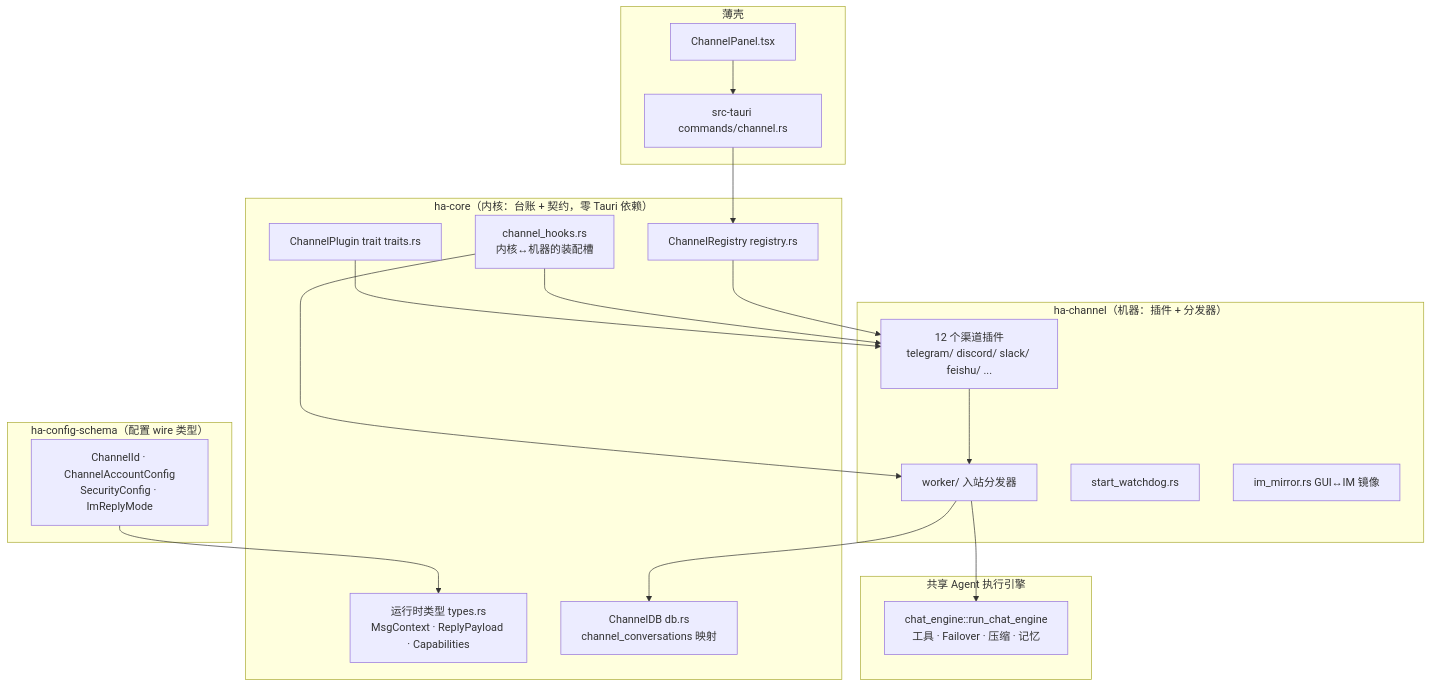
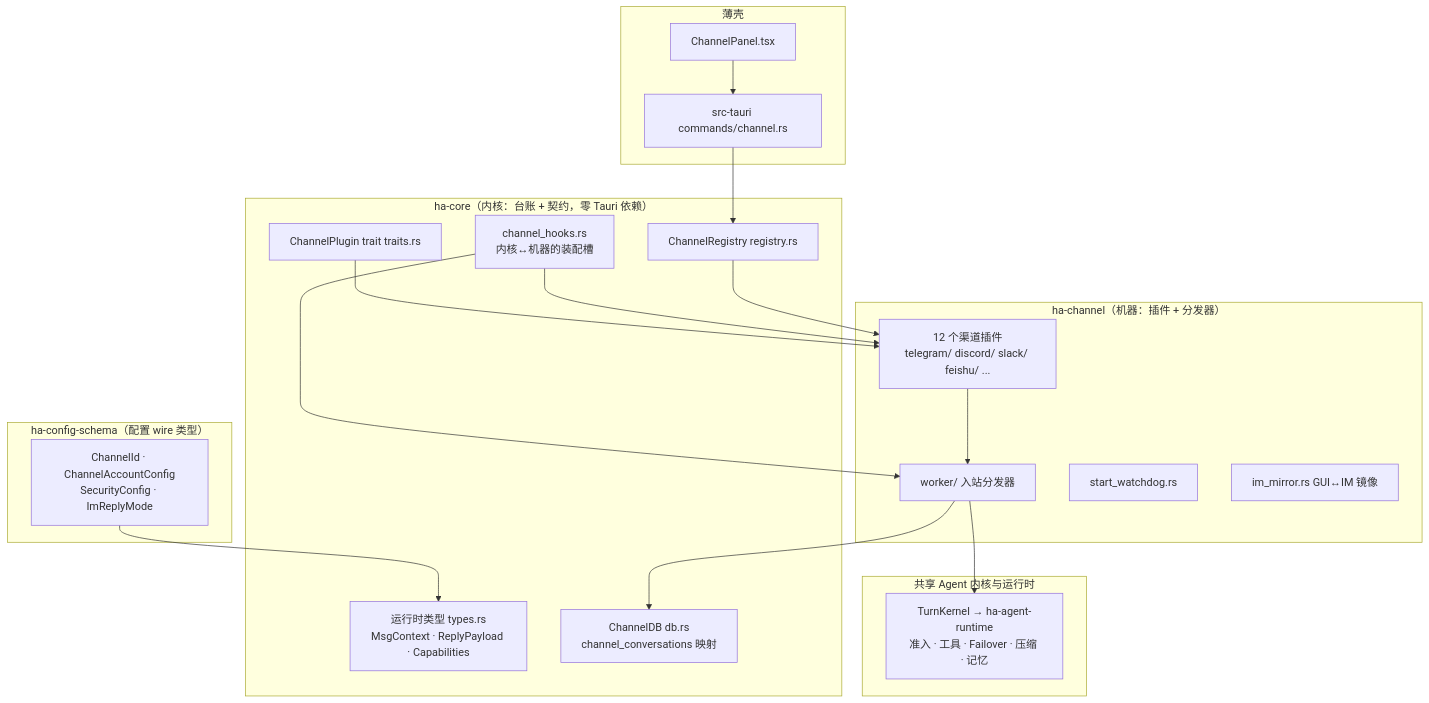
One commit to gabrielmoreira/agent-skills-mirror changed the first of 10 diagrams in mirrors/repos/shiwenwen@hope-agent/docs/architecture/integration/im-channel.md. Above: the diagram before and after it, drawn with Mermaid. The commit also changed other lines of this file and 2396 other files, not shown here.

````diff
--- a/mirrors/repos/shiwenwen@hope-agent/docs/architecture/integration/im-channel.md
+++ b/mirrors/repos/shiwenwen@hope-agent/docs/architecture/integration/im-channel.md
@@ -65,41 +65,41 @@
 ```mermaid
 graph TB
     subgraph schema["ha-config-schema（配置 wire 类型）"]
         WIRE["ChannelId · ChannelAccountConfig<br/>SecurityConfig · ImReplyMode"]
     end
 
     subgraph kernel["ha-core（内核：台账 + 契约，零 Tauri 依赖）"]
         TYPES["运行时类型 types.rs<br/>MsgContext · ReplyPayload · Capabilities"]
         TRAIT["ChannelPlugin trait traits.rs"]
         DB["ChannelDB db.rs<br/>channel_conversations 映射"]
         REG["ChannelRegistry registry.rs"]
         HOOKS["channel_hooks.rs<br/>内核↔机器的装配槽"]
     end
 
     subgraph machine["ha-channel（机器：插件 + 分发器）"]
         PLUGINS["12 个渠道插件<br/>telegram/ discord/ slack/ feishu/ ..."]
         WORKER["worker/ 入站分发器"]
         WATCH["start_watchdog.rs"]
         MIRROR["im_mirror.rs GUI↔IM 镜像"]
     end
 
-    subgraph engine["共享 Agent 执行引擎"]
-        CE["chat_engine::run_chat_engine<br/>工具 · Failover · 压缩 · 记忆"]
+    subgraph engine["共享 Agent 内核与运行时"]
+        CE["TurnKernel → ha-agent-runtime<br/>准入 · 工具 · Failover · 压缩 · 记忆"]
     end
 
     subgraph shell["薄壳"]
         TAURI["src-tauri commands/channel.rs"]
         PANEL["ChannelPanel.tsx"]
     end
 
     WIRE --> TYPES
     TRAIT --> PLUGINS
     HOOKS --> PLUGINS
     HOOKS --> WORKER
     PLUGINS --> WORKER
     WORKER --> CE
     WORKER --> DB
     REG --> PLUGINS
     TAURI --> REG
     PANEL --> TAURI
 ```
````
